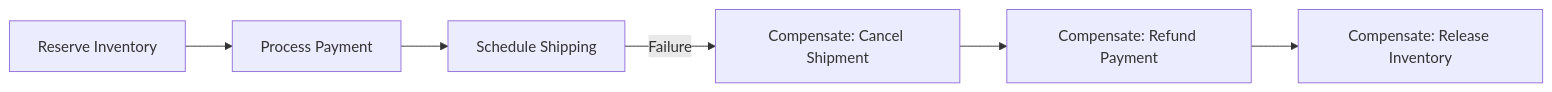
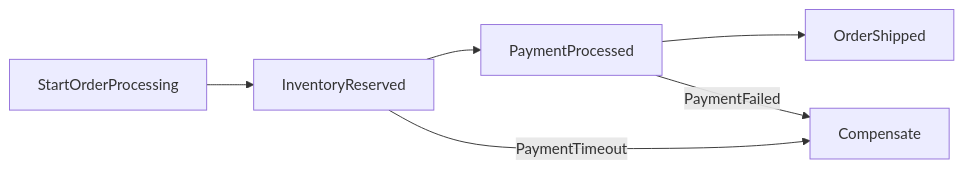
Before and after one commit to TrigintaFaces/Excalibur: the diagram in docs-site/docs/sagas/building-your-first-saga.md, drawn with Mermaid. The commit also changed other lines of this file and 654 other files, not shown here.

````diff
--- a/docs-site/docs/sagas/building-your-first-saga.md
+++ b/docs-site/docs/sagas/building-your-first-saga.md
@@ -52,9 +46,9 @@
 ```mermaid
 flowchart LR
-    A[Reserve Inventory] --> B[Process Payment]
-    B --> C[Schedule Shipping]
+    A[StartOrderProcessing] --> B[InventoryReserved]
+    B --> C[PaymentProcessed]
+    C --> D[OrderShipped]
 
-    C -->|Failure| D[Compensate: Cancel Shipment]
-    D --> E[Compensate: Refund Payment]
-    E --> F[Compensate: Release Inventory]
+    C -->|PaymentFailed| E[Compensate]
+    B -->|PaymentTimeout| E
 ```
````
